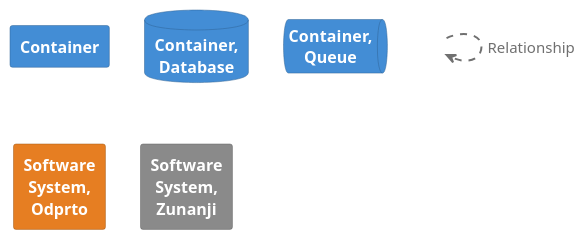
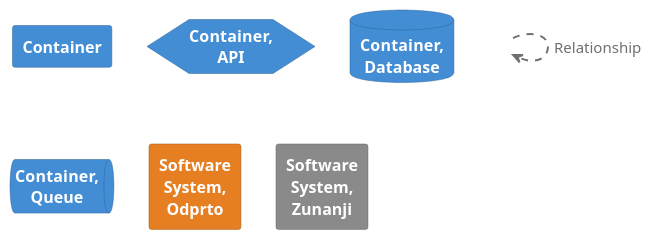
The diagram in architecture/diagrams/structurizr-D1-UIL-lokalna-eFTI-Platform-key.puml (UM-KGPI/eFTI-Gate-SI), drawn with PlantUML before and after one commit. The commit also changed 46 other files, not shown here.

```diff
--- a/architecture/diagrams/structurizr-D1-UIL-lokalna-eFTI-Platform-key.puml
+++ b/architecture/diagrams/structurizr-D1-UIL-lokalna-eFTI-Platform-key.puml
@@ -1,58 +1,65 @@
 @startuml
 set separator none
 
 skinparam {
   shadowing false
   arrowFontSize 15
   defaultTextAlignment center
   wrapWidth 100
   maxMessageSize 100
 }
 hide stereotype
 
 skinparam rectangle<<_transparent>> {
   BorderColor transparent
   BackgroundColor transparent
   FontColor transparent
 }
 
 skinparam rectangle<<1>> {
   BackgroundColor #438dd5
   FontColor #ffffff
   BorderColor #2e6295
 }
 rectangle "==Container" <<1>>
 
-skinparam database<<2>> {
+skinparam hexagon<<2>> {
   BackgroundColor #438dd5
   FontColor #ffffff
   BorderColor #2e6295
 }
-database "==Container, Database" <<2>>
+hexagon "==Container, API" <<2>>
 
-skinparam queue<<3>> {
+skinparam database<<3>> {
   BackgroundColor #438dd5
   FontColor #ffffff
   BorderColor #2e6295
 }
-queue "==Container, Queue" <<3>>
+database "==Container, Database" <<3>>
 
-skinparam rectangle<<4>> {
+skinparam queue<<4>> {
+  BackgroundColor #438dd5
+  FontColor #ffffff
+  BorderColor #2e6295
+}
+queue "==Container, Queue" <<4>>
+
+skinparam rectangle<<5>> {
   BackgroundColor #e67e22
   FontColor #ffffff
   BorderColor #a15817
 }
-rectangle "==Software System, Odprto" <<4>>
+rectangle "==Software System, Odprto" <<5>>
 
-skinparam rectangle<<5>> {
+skinparam rectangle<<6>> {
   BackgroundColor #8a8a8a
   FontColor #ffffff
   BorderColor #606060
 }
-rectangle "==Software System, Zunanji" <<5>>
+rectangle "==Software System, Zunanji" <<6>>
 
-rectangle "." <<_transparent>> as 6
-6 .[#707070,thickness=2].> 6 : "<color:#707070>Relationship"
+rectangle "." <<_transparent>> as 7
+7 .[#707070,thickness=2].> 7 : "<color:#707070>Relationship"
 
 
 @enduml
```
